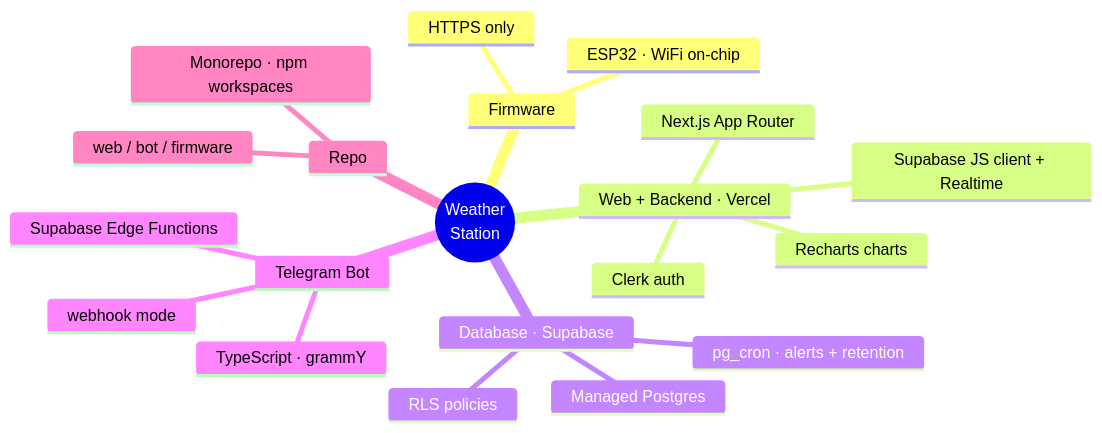
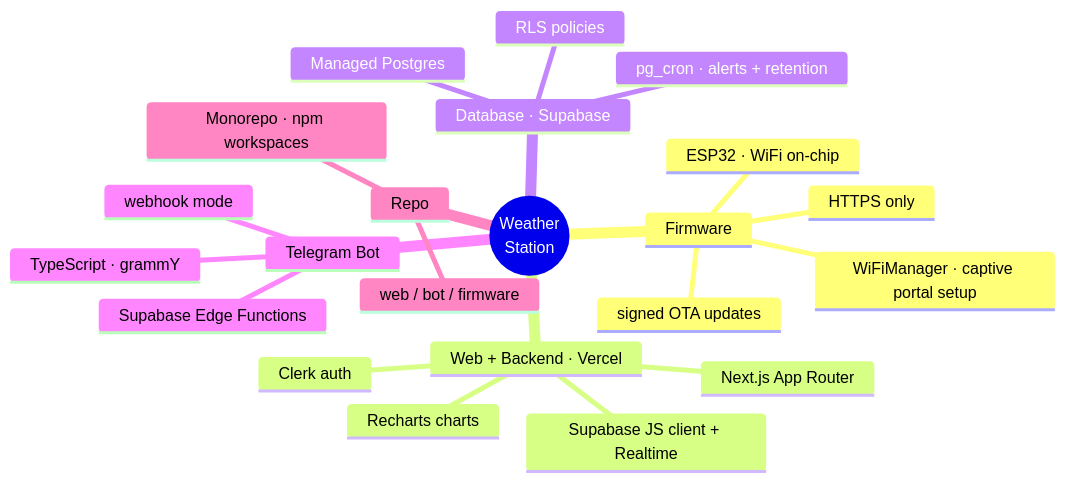
One commit to ByteMe6/weather-station changed the fifth of 5 diagrams in docs/05-architecture-and-tech-stack.md. Above: the diagram before and after it, drawn with Mermaid. The commit also changed other lines of this file and 1 other file, not shown here.

Commit message:
review: HMAC device auth in MVP, captive portal wifi setup, OTA updates

````diff
--- a/docs/05-architecture-and-tech-stack.md
+++ b/docs/05-architecture-and-tech-stack.md
@@ -133,23 +161,25 @@
 ```mermaid
 mindmap
   root((Weather<br/>Station))
     Firmware
       ESP32 · WiFi on-chip
       HTTPS only
+      WiFiManager · captive portal setup
+      signed OTA updates
     Web + Backend · Vercel
       Next.js App Router
       Clerk auth
       Recharts charts
       Supabase JS client + Realtime
     Database · Supabase
       Managed Postgres
       RLS policies
       pg_cron · alerts + retention
     Telegram Bot
       TypeScript · grammY
       Supabase Edge Functions
       webhook mode
     Repo
       Monorepo · npm workspaces
       web / bot / firmware
 ```
````
